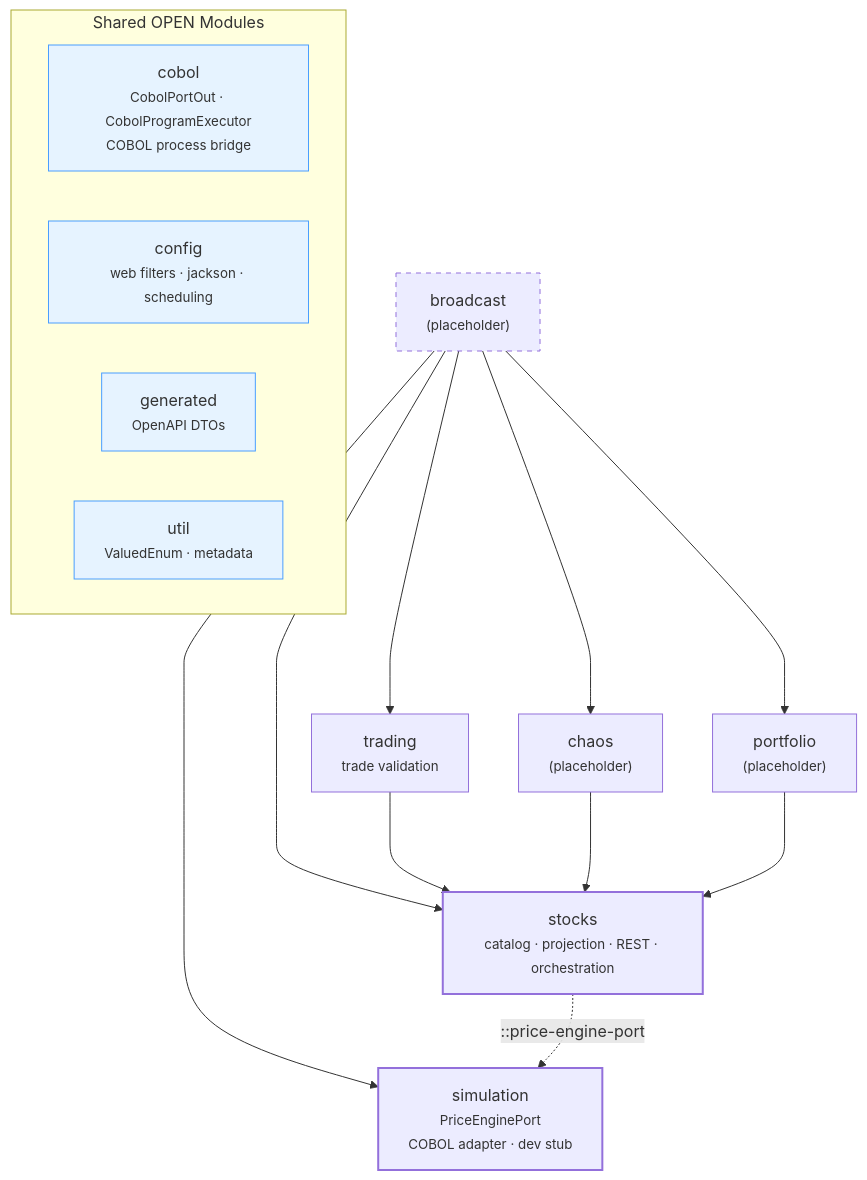
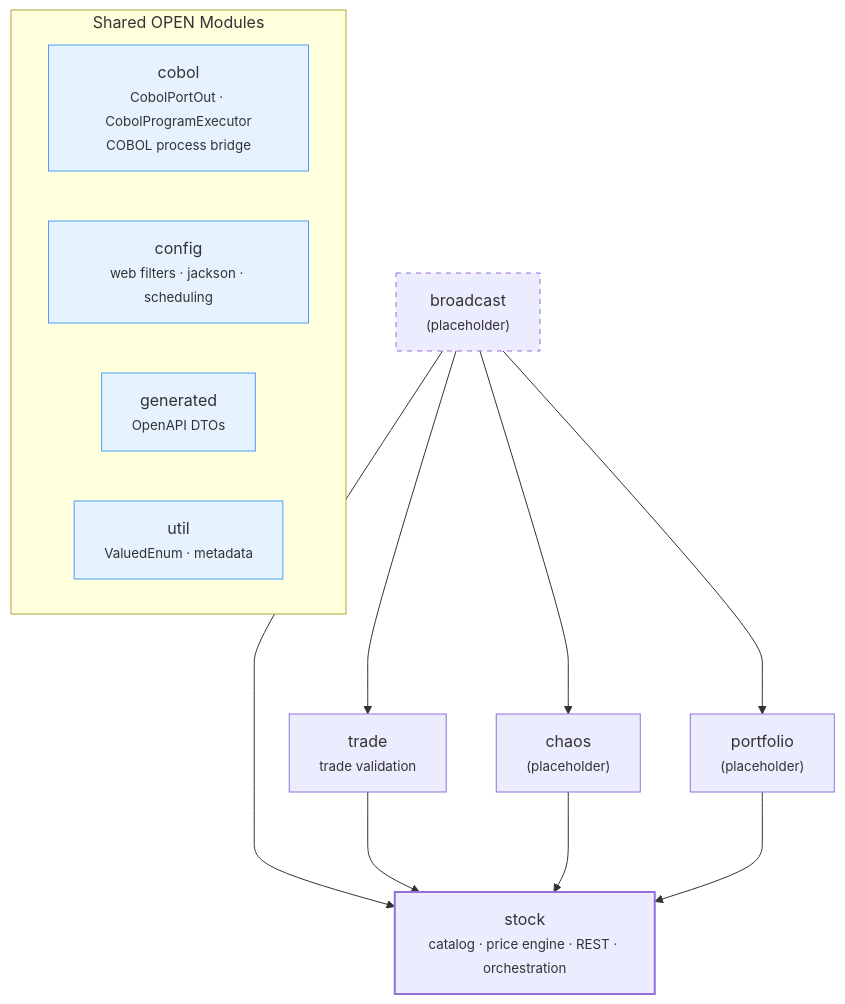
The first of 7 diagrams in stonks_java/README.md (franBec/stonks-simulator), drawn with Mermaid before and after one commit. The commit also changed other lines of this file and 86 other files, not shown here.

First line of the commit message:
Refactor: unify simulation into stocks, rename classes, standardize naming

````diff
--- a/stonks_java/README.md
+++ b/stonks_java/README.md
@@ -9,35 +9,31 @@
 ```mermaid
 graph TB
     broadcast["broadcast<br/><small>(placeholder)</small>"]
-    stocks["stocks<br/><small>catalog · projection · REST · orchestration</small>"]
-    simulation["simulation<br/><small>PriceEnginePort<br/>COBOL adapter · dev stub</small>"]
-    trading["trading<br/><small>trade validation</small>"]
+    stock["stock<br/><small>catalog · price engine · REST · orchestration</small>"]
+    trade["trade<br/><small>trade validation</small>"]
     chaos["chaos<br/><small>(placeholder)</small>"]
     portfolio["portfolio<br/><small>(placeholder)</small>"]
 
     subgraph OPEN ["Shared OPEN Modules"]
         cobol["cobol<br/><small>CobolPortOut · CobolProgramExecutor<br/>COBOL process bridge</small>"]
         config["config<br/><small>web filters · jackson · scheduling</small>"]
         generated["generated<br/><small>OpenAPI DTOs</small>"]
         util["util<br/><small>ValuedEnum · metadata</small>"]
     end
 
-    broadcast ---> stocks
-    broadcast ---> simulation
-    broadcast ---> trading
+    broadcast ---> stock
+    broadcast ---> trade
     broadcast ---> chaos
     broadcast ---> portfolio
 
-    stocks -.->|"::price-engine-port"| simulation
-    trading ---> stocks
-    chaos ---> stocks
-    portfolio ---> stocks
+    trade ---> stock
+    chaos ---> stock
+    portfolio ---> stock
 
-    style simulation stroke-width:2px
-    style stocks stroke-width:2px
+    style stock stroke-width:2px
     style broadcast stroke-dasharray: 5 5
     style cobol fill:#e6f3ff,stroke:#4a9eff
     style config fill:#e6f3ff,stroke:#4a9eff
     style generated fill:#e6f3ff,stroke:#4a9eff
     style util fill:#e6f3ff,stroke:#4a9eff
 ```
````
